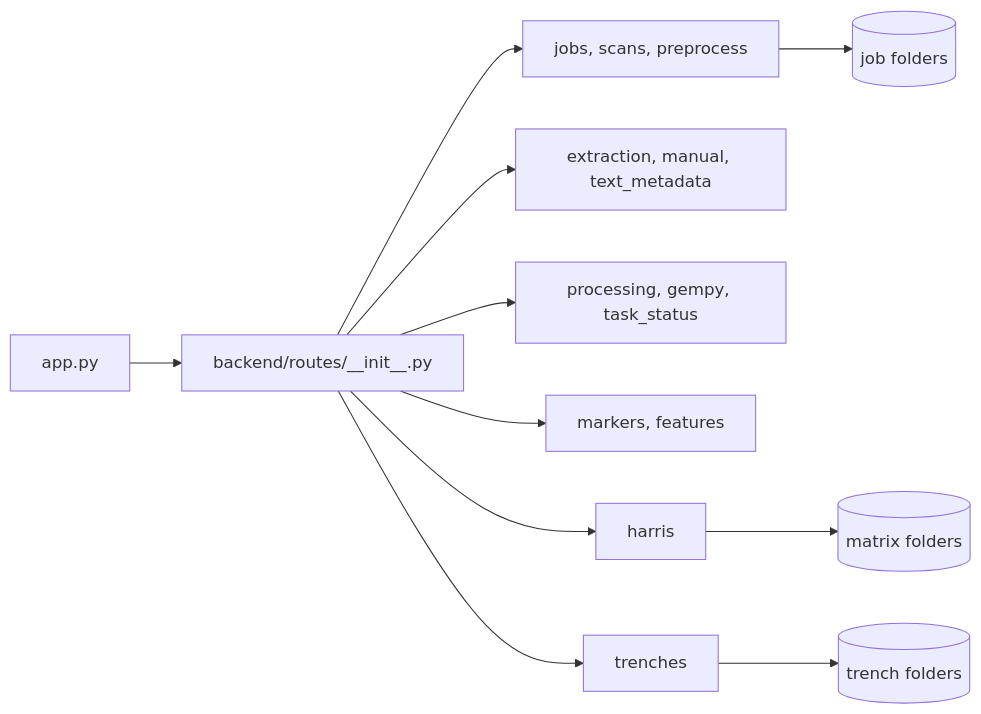
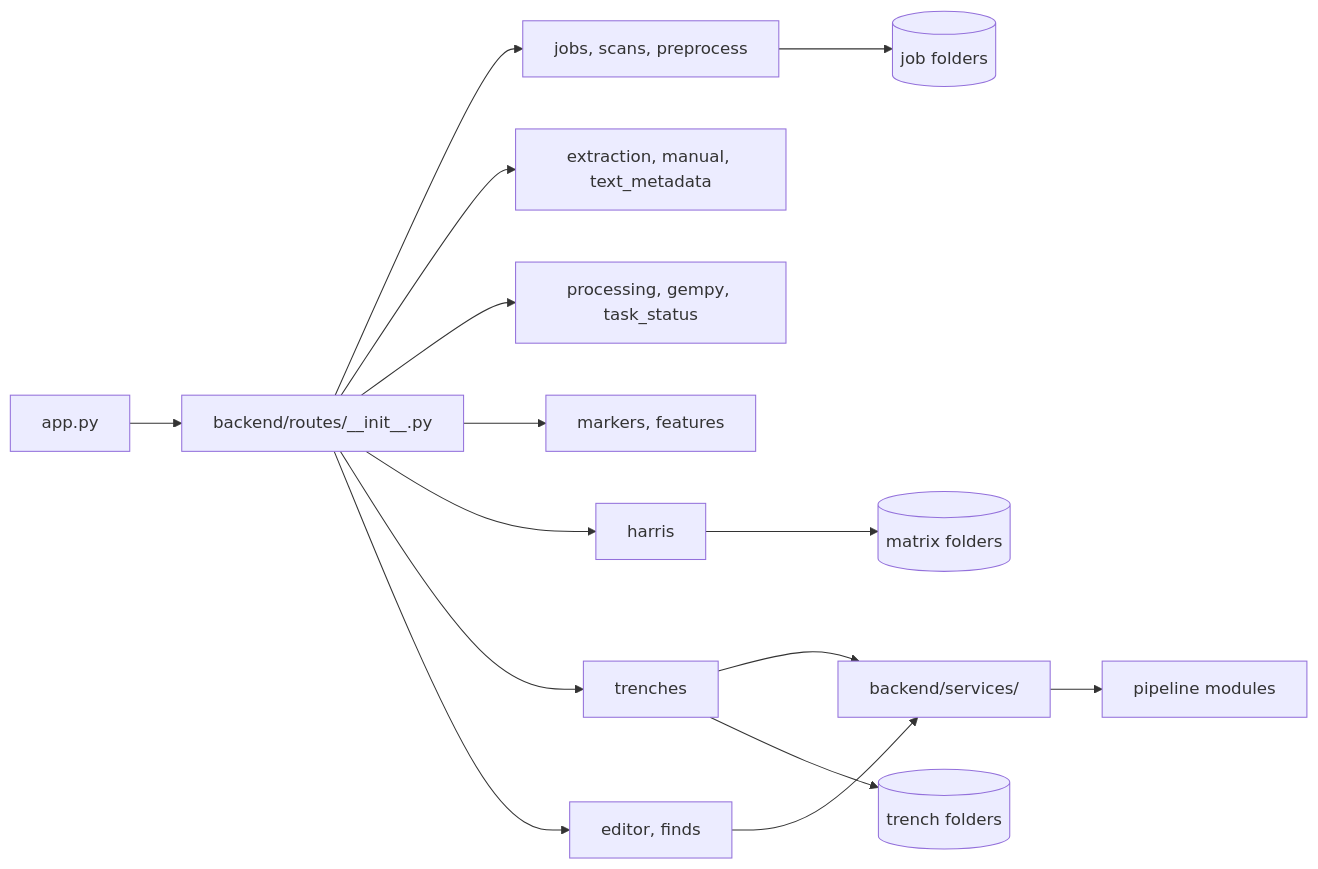
Before and after one commit to jennarbates/StratigraphyGenerator: the diagram in docs/architecture/backend.md, drawn with Mermaid. The commit also changed other lines of this file and 15 other files, not shown here.

````diff
--- a/docs/architecture/backend.md
+++ b/docs/architecture/backend.md
@@ -18,13 +25,17 @@
 ```mermaid
 flowchart LR
   App[app.py] --> Reg[backend/routes/__init__.py]
   Reg --> J[jobs, scans, preprocess]
   Reg --> X[extraction, manual, text_metadata]
   Reg --> P[processing, gempy, task_status]
   Reg --> M[markers, features]
   Reg --> H[harris]
   Reg --> T[trenches]
+  Reg --> E[editor, finds]
+  E --> Svc[backend/services/]
+  T --> Svc
+  Svc --> Pipe[pipeline modules]
   J --> Store[(job folders)]
   H --> Mat[(matrix folders)]
   T --> Tr[(trench folders)]
 ```
````
